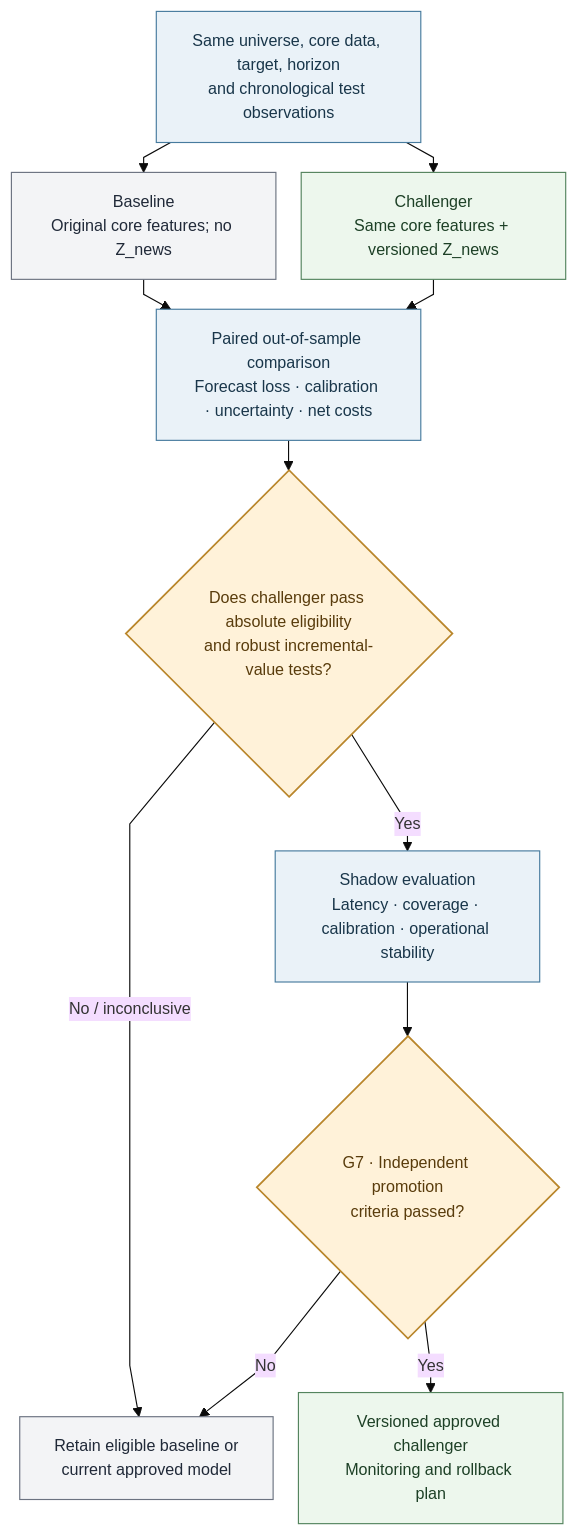
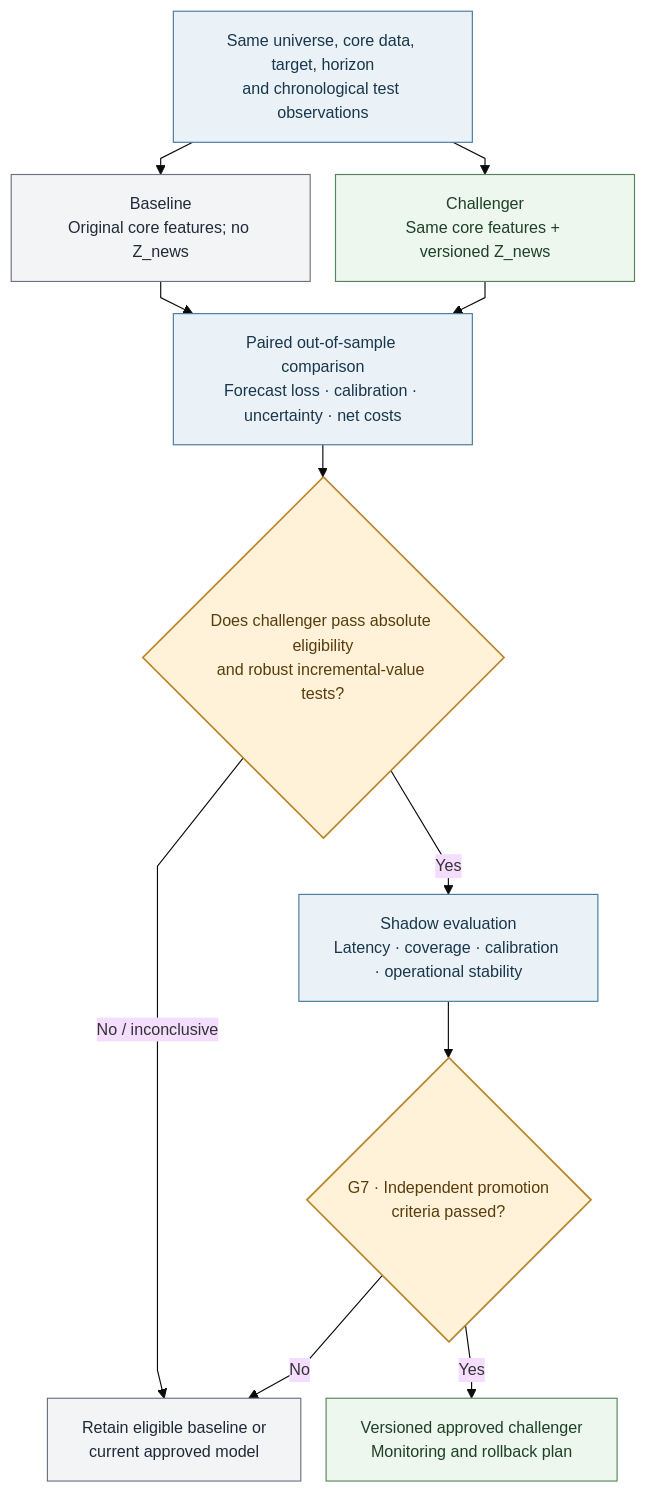
Before and after one commit to dannysilverio6-creator/AQP---LSEG: the third of 15 diagrams in docs/AQP OVERVIEW.md, drawn with Mermaid. The commit also changed other lines of this file, not shown here.

````diff
--- a/docs/AQP OVERVIEW.md
+++ b/docs/AQP OVERVIEW.md
@@ -195,23 +196,23 @@
 ```mermaid
-%%{init: {"theme": "base", "flowchart": {"nodeSpacing": 22, "rankSpacing": 26, "wrappingWidth": 170, "diagramPadding": 16, "curve": "linear"}, "themeVariables": {"fontSize": "14px"}}}%%
+%%{init: {"theme": "base", "flowchart": {"nodeSpacing": 22, "rankSpacing": 28, "curve": "linear"}, "themeVariables": {"fontSize": "14px"}}}%%
 flowchart TB
     INPUT["Same universe, core data, target, horizon<br/>and chronological test observations"] --> BASE["Baseline<br/>Original core features; no Z_news"]
     INPUT --> CHAL["Challenger<br/>Same core features + versioned Z_news"]
     BASE --> PAIR["Paired out-of-sample comparison<br/>Forecast loss · calibration · uncertainty · net costs"]
     CHAL --> PAIR
     PAIR --> VALUE{Does challenger pass absolute eligibility<br/>and robust incremental-value tests?}
     VALUE -->|No / inconclusive| KEEP["Retain eligible baseline or<br/>current approved model"]
     VALUE -->|Yes| SHADOW["Shadow evaluation<br/>Latency · coverage · calibration · operational stability"]
     SHADOW --> G7{G7 · Independent promotion<br/>criteria passed?}
     G7 -->|No| KEEP
     G7 -->|Yes| PROMOTE["Versioned approved challenger<br/>Monitoring and rollback plan"]
 
     classDef baseline fill:#f3f4f6,stroke:#6b7280,color:#202938;
     classDef challenger fill:#edf7ed,stroke:#54845e,color:#1d4026;
     classDef process fill:#eaf2f8,stroke:#477b9e,color:#19364a;
     classDef gate fill:#fff2d9,stroke:#b9862b,color:#593c0c,stroke-width:1.5px;
     class INPUT,PAIR,SHADOW process;
     class BASE,KEEP baseline;
     class CHAL,PROMOTE challenger;
     class VALUE,G7 gate;
 ```
````
